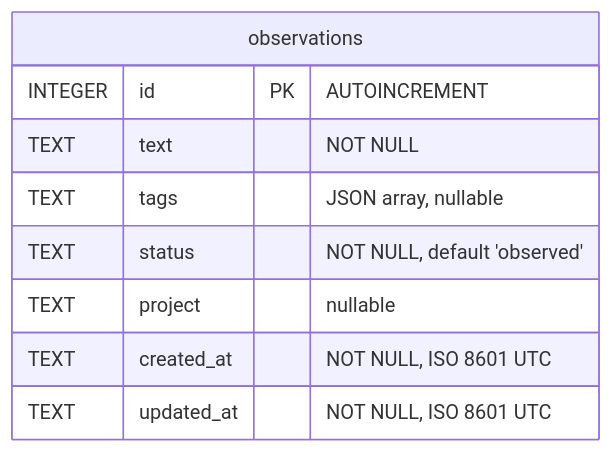
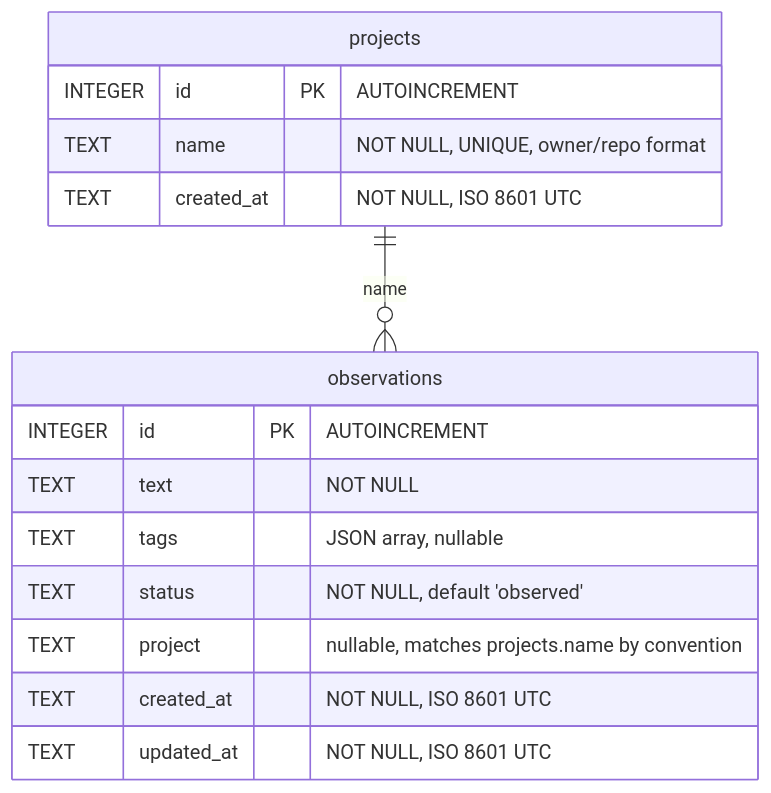
Before and after one commit to mbd0910/compound-eye: the diagram in docs/schema.md, drawn with Mermaid. The commit also changed other lines of this file and 6 other files, not shown here.

First line of the commit message:
Add project registry with GitHub repo scanning

````diff
--- a/docs/schema.md
+++ b/docs/schema.md
@@ -5,12 +5,18 @@
 ```mermaid
 erDiagram
+    projects {
+        INTEGER id PK "AUTOINCREMENT"
+        TEXT name "NOT NULL, UNIQUE, owner/repo format"
+        TEXT created_at "NOT NULL, ISO 8601 UTC"
+    }
     observations {
         INTEGER id PK "AUTOINCREMENT"
         TEXT text "NOT NULL"
         TEXT tags "JSON array, nullable"
         TEXT status "NOT NULL, default 'observed'"
-        TEXT project "nullable"
+        TEXT project "nullable, matches projects.name by convention"
         TEXT created_at "NOT NULL, ISO 8601 UTC"
         TEXT updated_at "NOT NULL, ISO 8601 UTC"
     }
+    projects ||--o{ observations : "name"
 ```
````
